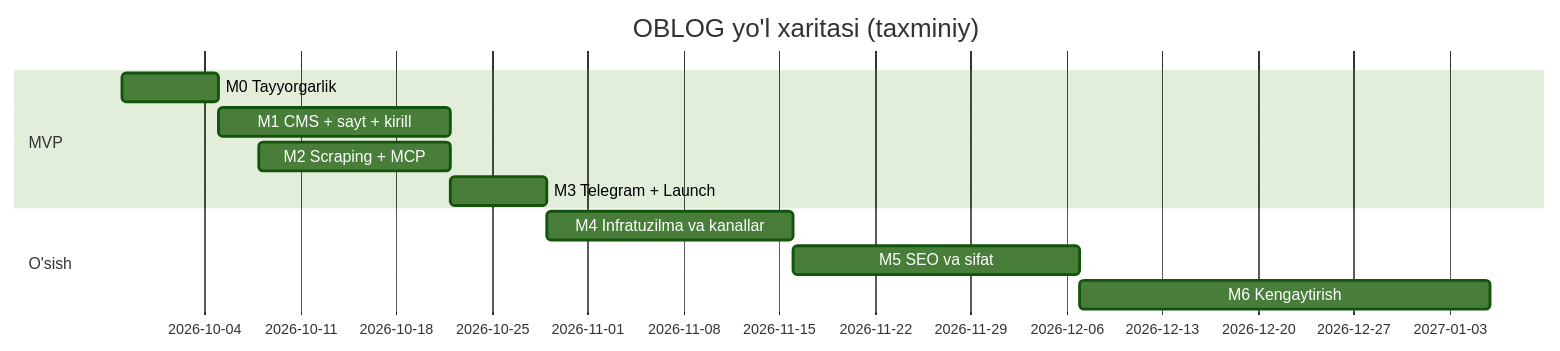
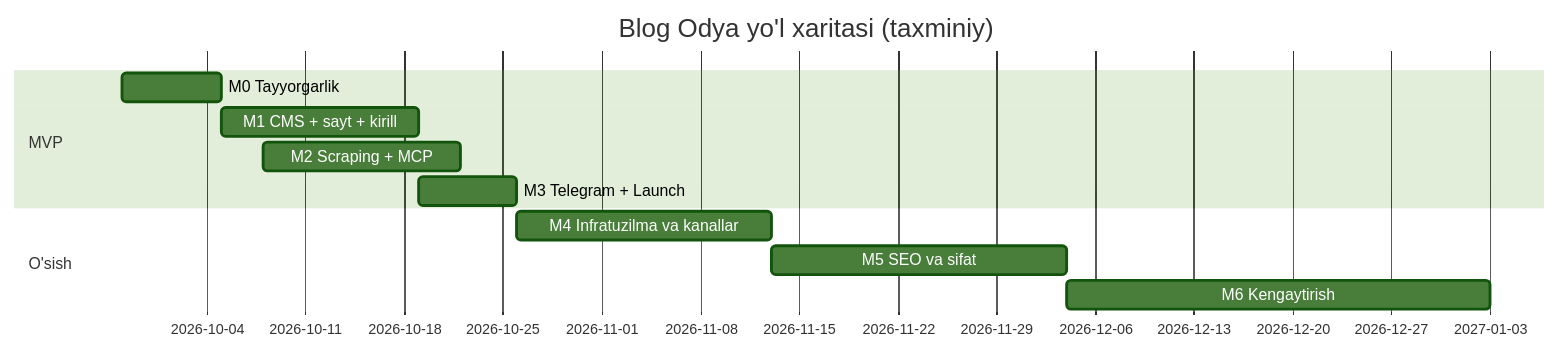
One commit to Odya-LLC/blog_odya changed the diagram in docs/PLAN.md. Above: the diagram before and after it, drawn with Mermaid (forest theme). The commit also changed other lines of this file and 4 other files, not shown here.

````diff
--- a/docs/PLAN.md
+++ b/docs/PLAN.md
@@ -37,14 +32,14 @@
 ```mermaid
 gantt
     dateFormat  YYYY-MM-DD
-    title OBLOG yo'l xaritasi (taxminiy)
+    title Blog Odya yo'l xaritasi (taxminiy)
     section MVP
     M0 Tayyorgarlik              :m0, 2026-09-28, 7d
-    M1 CMS + sayt + kirill       :m1, after m0, 17d
+    M1 CMS + sayt + kirill       :m1, after m0, 14d
     M2 Scraping + MCP            :m2, 2026-10-08, 14d
     M3 Telegram + Launch         :m3, after m1, 7d
     section O'sish
     M4 Infratuzilma va kanallar  :m4, after m3, 18d
     M5 SEO va sifat              :m5, after m4, 21d
     M6 Kengaytirish              :m6, after m5, 30d
 ```
````
